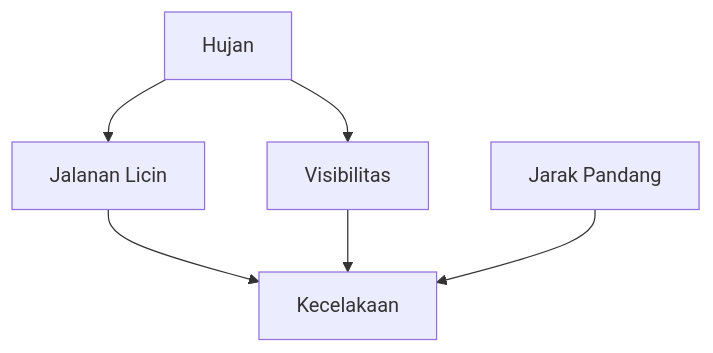
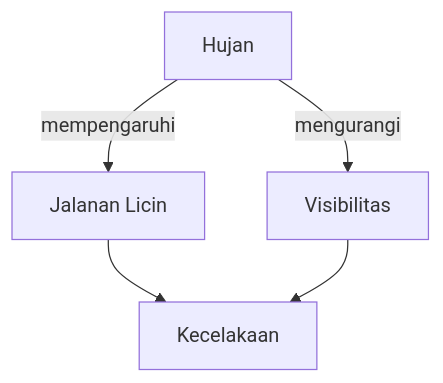
The fifth of 5 diagrams in bab-03-representasi.md (antonprafanto/dasarAI2026), drawn with Mermaid before and after one commit. The commit also changed other lines of this file, not shown here.

````diff
--- a/bab-03-representasi.md
+++ b/bab-03-representasi.md
@@ -596,9 +224,7 @@
 ```mermaid
 graph TD
-    Rain[Hujan] --> Wet[Jalanan Licin]
-    Rain --> Vis[Visibilitas]
-
+    Rain[Hujan] -->|mempengaruhi| Wet[Jalanan Licin]
+    Rain -->|mengurangi| Vis[Visibilitas]
     Wet --> Accident[Kecelakaan]
     Vis --> Accident
-    Speed[Jarak Pandang] --> Accident
 ```
````
